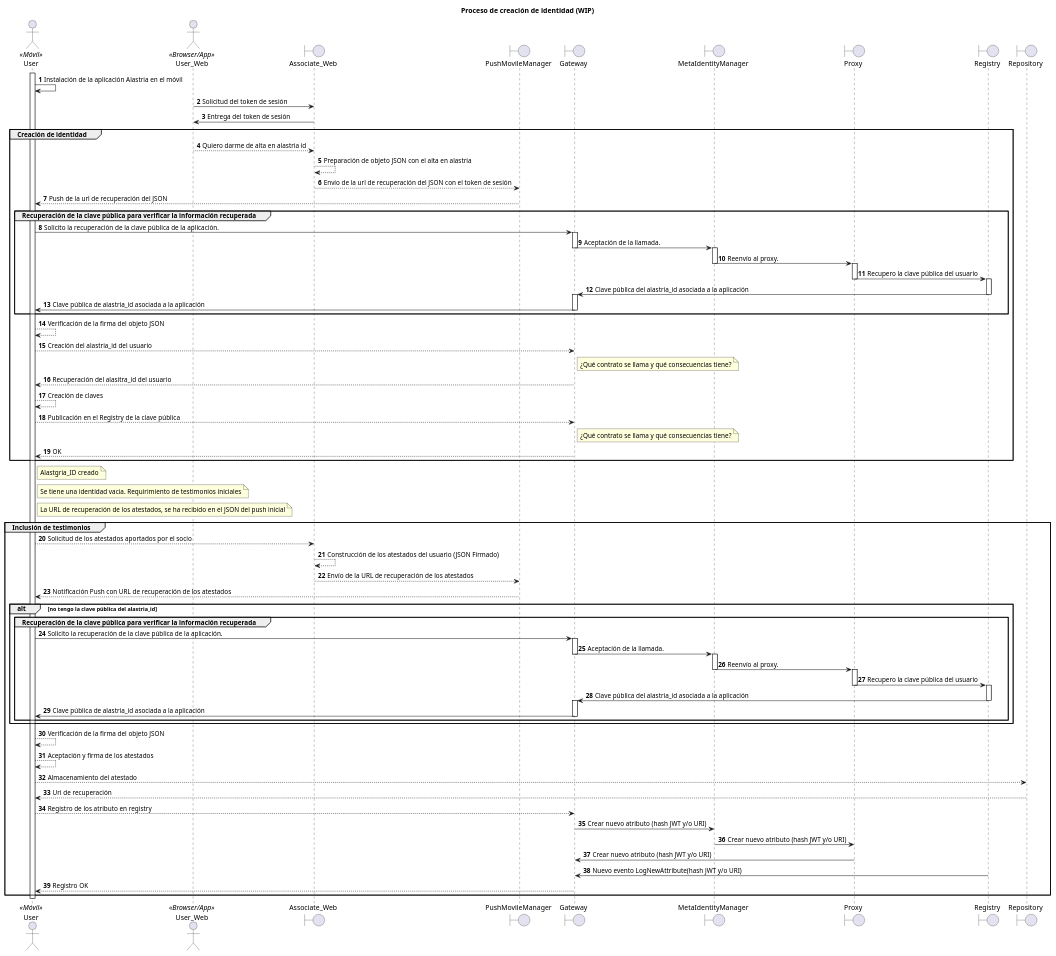
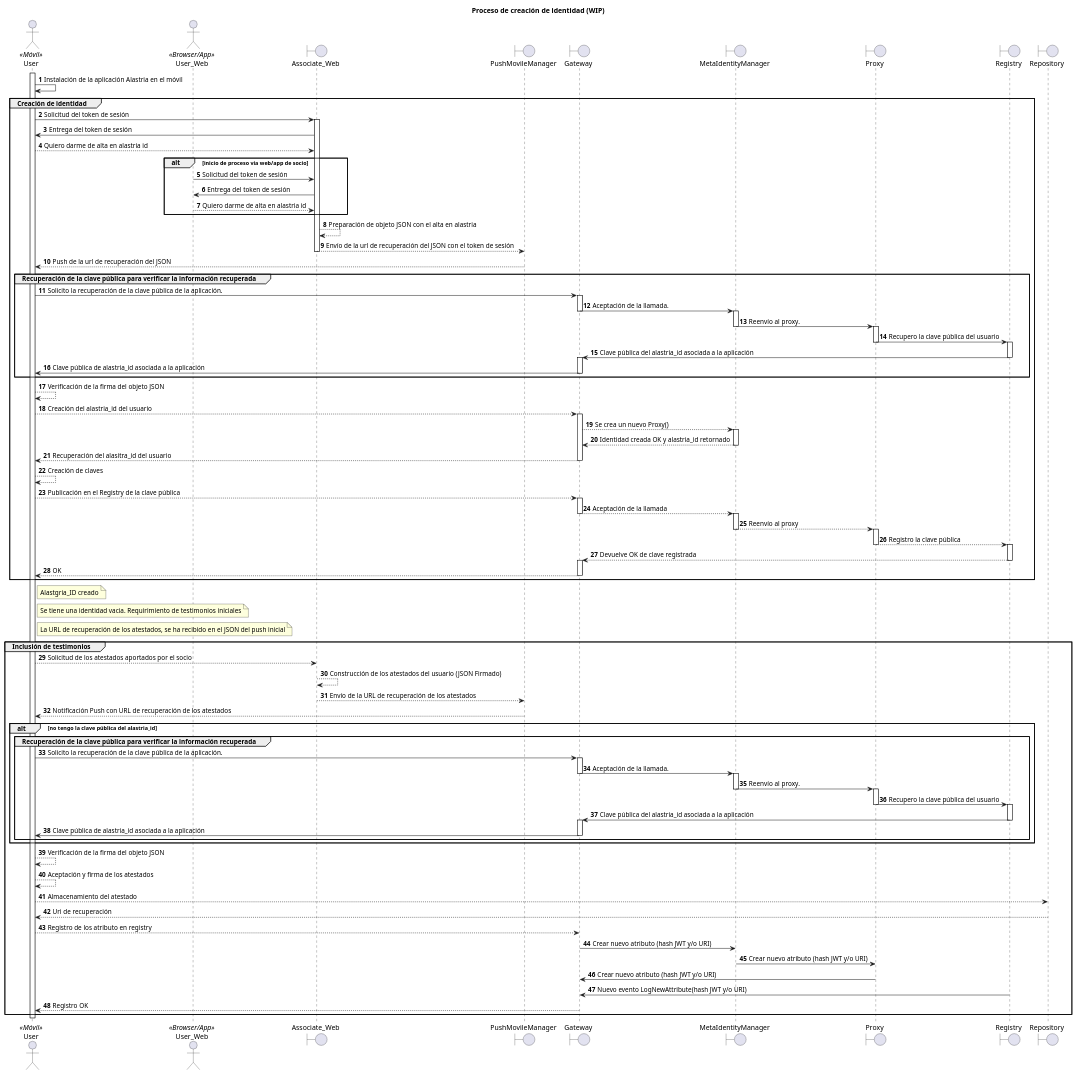
Before and after one commit to alastria/alastria-identity: the diagram in diagrams/creación.puml, drawn with PlantUML.

Commit message:
Creacion.puml updated

```diff
--- a/diagrams/creación.puml
+++ b/diagrams/creación.puml
@@ -1,101 +1,127 @@
 @startuml
 actor User <<Móvil>>
 actor User_Web <<Browser/App>>
 boundary Associate_Web
 boundary  PushMovileManager
 boundary Gateway
 boundary MetaIdentityManager
 boundary Proxy
 boundary Registry
+boundary Repository
 
-boundary Repository
 autonumber
 title
     Proceso de creación de identidad (WIP)
 end title
 activate User
+
 User->User: Instalación de la aplicación Alastria en el móvil
 
-User_Web->Associate_Web: Solicitud del token de sesión
-Associate_Web->User_Web: Entrega del token de sesión
+group Creación de identidad
 
-group Creación de identidad
-User_Web-->Associate_Web: Quiero darme de alta en alastria id
-Associate_Web --> Associate_Web: Preparación de objeto JSON con el alta en alastria
-Associate_Web --> PushMovileManager: Envío de la url de recuperación del JSON con el token de sesión
-PushMovileManager --> User: Push de la url de recuperación del JSON
+  User -> Associate_Web: Solicitud del token de sesión
+  activate Associate_Web
+  Associate_Web -> User: Entrega del token de sesión
+  User --> Associate_Web: Quiero darme de alta en alastria id
+  alt inicio de proceso via web/app de socio
+  User_Web->Associate_Web: Solicitud del token de sesión
+  Associate_Web->User_Web: Entrega del token de sesión
+  User_Web-->Associate_Web: Quiero darme de alta en alastria id
+  end
+  activate Associate_Web
+  Associate_Web --> Associate_Web: Preparación de objeto JSON con el alta en alastria
+  Associate_Web --> PushMovileManager: Envío de la url de recuperación del JSON con el token de sesión
+  deactivate Associate_Web
+  PushMovileManager --> User: Push de la url de recuperación del JSON
 
-group Recuperación de la clave pública para verificar la información recuperada
-    User->Gateway: Solicito la recuperación de la clave pública de la aplicación.
-    activate Gateway
-    Gateway->MetaIdentityManager: Aceptación de la llamada.
-    deactivate Gateway
-    activate MetaIdentityManager
-    MetaIdentityManager->Proxy: Reenvío al proxy.
-    deactivate MetaIdentityManager
-    activate Proxy
-    Proxy->Registry: Recupero la clave pública del usuario
-    deactivate Proxy
-    activate Registry
-    Registry->Gateway: Clave pública del alastria_id asociada a la aplicación 
-    deactivate Registry
-    activate Gateway
-    Gateway->User: Clave pública de alastria_id asociada a la aplicación
-    deactivate Gateway
-end
+  group Recuperación de la clave pública para verificar la información recuperada
+      User->Gateway: Solicito la recuperación de la clave pública de la aplicación.
+      activate Gateway
+      Gateway->MetaIdentityManager: Aceptación de la llamada.
+      deactivate Gateway
+      activate MetaIdentityManager
+      MetaIdentityManager->Proxy: Reenvío al proxy.
+      deactivate MetaIdentityManager
+      activate Proxy
+      Proxy->Registry: Recupero la clave pública del usuario
+      deactivate Proxy
+      activate Registry
+      Registry->Gateway: Clave pública del alastria_id asociada a la aplicación
+      deactivate Registry
+      activate Gateway
+      Gateway->User: Clave pública de alastria_id asociada a la aplicación
+      deactivate Gateway
+  end
 
-User --> User: Verificación de la firma del objeto JSON
-User --> Gateway: Creación del alastria_id del usuario
-note right Gateway: ¿Qué contrato se llama y qué consecuencias tiene?
-Gateway --> User: Recuperación del alasitra_id del usuario
-User --> User: Creación de claves
-User --> Gateway: Publicación en el Registry de la clave pública
-note right Gateway: ¿Qué contrato se llama y qué consecuencias tiene?
-Gateway --> User: OK
+  User --> User: Verificación de la firma del objeto JSON
+  User --> Gateway: Creación del alastria_id del usuario
+  activate Gateway
+  Gateway --> MetaIdentityManager: Se crea un nuevo Proxy()
+  activate MetaIdentityManager
+  MetaIdentityManager --> Gateway: Identidad creada OK y alastria_id retornado
+  deactivate MetaIdentityManager
+  Gateway --> User: Recuperación del alasitra_id del usuario
+  deactivate Gateway
+  User --> User: Creación de claves
+  User --> Gateway: Publicación en el Registry de la clave pública
+  activate Gateway
+  Gateway --> MetaIdentityManager: Aceptación de la llamada
+  deactivate Gateway
+  activate MetaIdentityManager
+  MetaIdentityManager --> Proxy: Reenvío al proxy
+  deactivate MetaIdentityManager
+  activate Proxy
+  Proxy --> Registry: Registro la clave pública
+  deactivate Proxy
+  activate Registry
+  Registry --> Gateway: Devuelve OK de clave registrada
+  deactivate Registry
+  activate Gateway
+  Gateway --> User: OK
+  deactivate Gateway
+
 end
 
 note right User: Alastgria_ID creado
 note right User: Se tiene una identidad vacia. Requirimiento de testimonios iniciales
 note right User: La URL de recuperación de los atestados, se ha recibido en el JSON del push inicial
 
 group Inclusión de testimonios
-User --> Associate_Web: Solicitud de los atestados aportados por el socio
-Associate_Web --> Associate_Web: Construcción de los atestados del usuario (JSON Firmado)
-Associate_Web --> PushMovileManager: Envío de la URL de recuperación de los atestados
-PushMovileManager --> User: Notificación Push con URL de recuperación de los atestados
-alt no tengo la clave pública del alastria_id
-  group Recuperación de la clave pública para verificar la información recuperada
-    User->Gateway: Solicito la recuperación de la clave pública de la aplicación.
-    activate Gateway
-    Gateway->MetaIdentityManager: Aceptación de la llamada.
-    deactivate Gateway
-    activate MetaIdentityManager
-    MetaIdentityManager->Proxy: Reenvío al proxy.
-    deactivate MetaIdentityManager
-    activate Proxy
-    Proxy->Registry: Recupero la clave pública del usuario
-    deactivate Proxy
-    activate Registry
-    Registry->Gateway: Clave pública del alastria_id asociada a la aplicación 
-    deactivate Registry
-    activate Gateway
-    Gateway->User: Clave pública de alastria_id asociada a la aplicación
-    deactivate Gateway
+  User --> Associate_Web: Solicitud de los atestados aportados por el socio
+  Associate_Web --> Associate_Web: Construcción de los atestados del usuario (JSON Firmado)
+  Associate_Web --> PushMovileManager: Envío de la URL de recuperación de los atestados
+  PushMovileManager --> User: Notificación Push con URL de recuperación de los atestados
+  alt no tengo la clave pública del alastria_id
+    group Recuperación de la clave pública para verificar la información recuperada
+      User->Gateway: Solicito la recuperación de la clave pública de la aplicación.
+      activate Gateway
+      Gateway->MetaIdentityManager: Aceptación de la llamada.
+      deactivate Gateway
+      activate MetaIdentityManager
+      MetaIdentityManager->Proxy: Reenvío al proxy.
+      deactivate MetaIdentityManager
+      activate Proxy
+      Proxy->Registry: Recupero la clave pública del usuario
+      deactivate Proxy
+      activate Registry
+      Registry->Gateway: Clave pública del alastria_id asociada a la aplicación
+      deactivate Registry
+      activate Gateway
+      Gateway->User: Clave pública de alastria_id asociada a la aplicación
+      deactivate Gateway
+    end
   end
+  User --> User: Verificación de la firma del objeto JSON
+  User --> User: Aceptación y firma de los atestados
+  User --> Repository: Almacenamiento del atestado
+  Repository --> User: Uri de recuperación
+  User --> Gateway: Registro de los atributo en registry
+  Gateway -> MetaIdentityManager: Crear nuevo atributo (hash JWT y/o URI)
+  MetaIdentityManager -> Proxy: Crear nuevo atributo (hash JWT y/o URI)
+  Proxy -> Gateway: Crear nuevo atributo (hash JWT y/o URI)
+  Registry -> Gateway: Nuevo evento LogNewAttribute(hash JWT y/o URI)
+  Gateway --> User: Registro OK
 end
-User --> User: Verificación de la firma del objeto JSON
-User --> User: Aceptación y firma de los atestados
+deactivate User
 
-User --> Repository: Almacenamiento del atestado
-Repository --> User: Uri de recuperación
-
-User --> Gateway: Registro de los atributo en registry
-Gateway -> MetaIdentityManager: Crear nuevo atributo (hash JWT y/o URI)
-MetaIdentityManager -> Proxy: Crear nuevo atributo (hash JWT y/o URI)
-Proxy -> Gateway: Crear nuevo atributo (hash JWT y/o URI)
-Registry -> Gateway: Nuevo evento LogNewAttribute(hash JWT y/o URI)
-Gateway --> User: Registro OK
-end
-
-deactivate User
 @enduml
```
